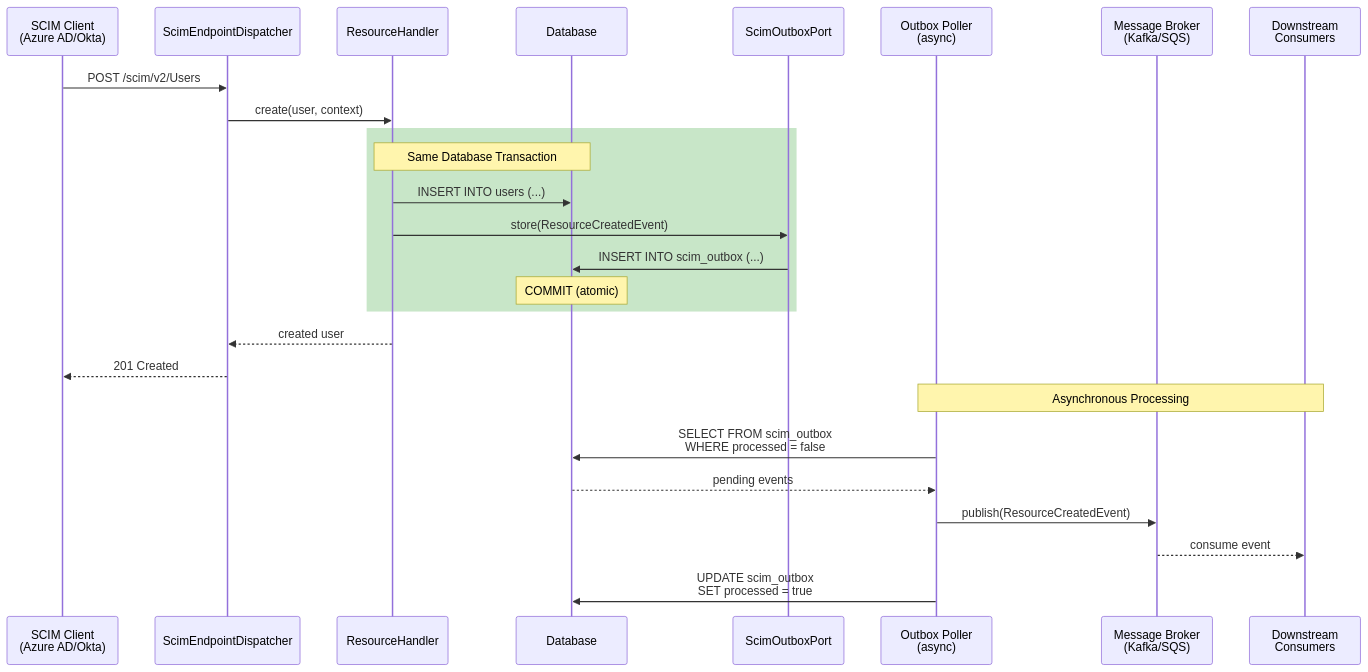
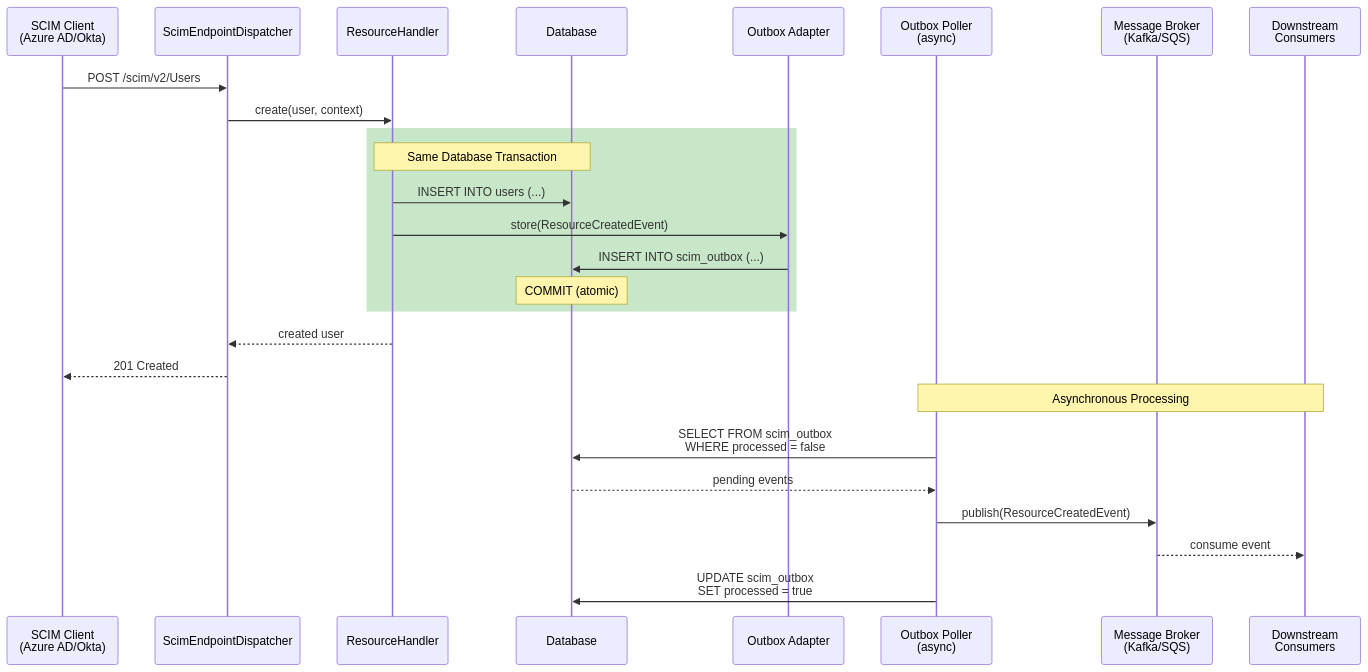
One commit to marcosbarbero/scim2-sdk-jvm changed the fourth of 6 diagrams in docs/architecture.md. Above: the diagram before and after it, drawn with Mermaid. The commit also changed other lines of this file and 26 other files, not shown here.

````diff
--- a/docs/architecture.md
+++ b/docs/architecture.md
@@ -110,32 +110,32 @@
 ```mermaid
 sequenceDiagram
     participant C as SCIM Client<br/>(Azure AD/Okta)
     participant D as ScimEndpointDispatcher
     participant H as ResourceHandler
     participant DB as Database
-    participant OP as ScimOutboxPort
+    participant OP as Outbox Adapter
     participant P as Outbox Poller<br/>(async)
     participant K as Message Broker<br/>(Kafka/SQS)
     participant DS as Downstream<br/>Consumers
 
     C->>D: POST /scim/v2/Users
     D->>H: create(user, context)
 
     rect rgb(200, 230, 200)
         Note over H,DB: Same Database Transaction
         H->>DB: INSERT INTO users (...)
         H->>OP: store(ResourceCreatedEvent)
         OP->>DB: INSERT INTO scim_outbox (...)
         Note over DB: COMMIT (atomic)
     end
 
     H-->>D: created user
     D-->>C: 201 Created
 
     Note over P,DS: Asynchronous Processing
     P->>DB: SELECT FROM scim_outbox<br/>WHERE processed = false
     DB-->>P: pending events
     P->>K: publish(ResourceCreatedEvent)
     K-->>DS: consume event
     P->>DB: UPDATE scim_outbox<br/>SET processed = true
 ```
````
